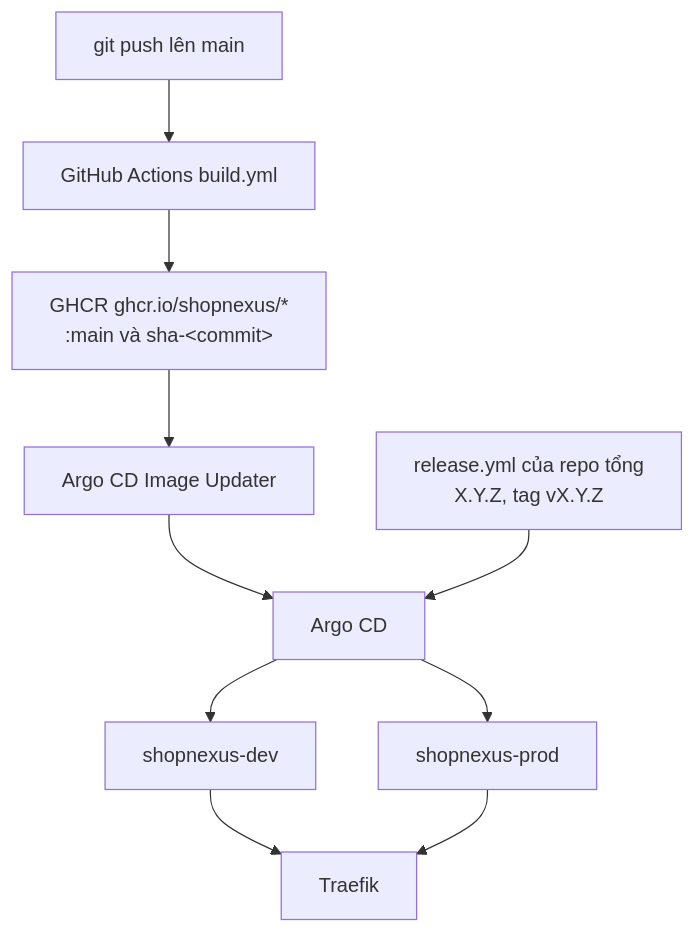
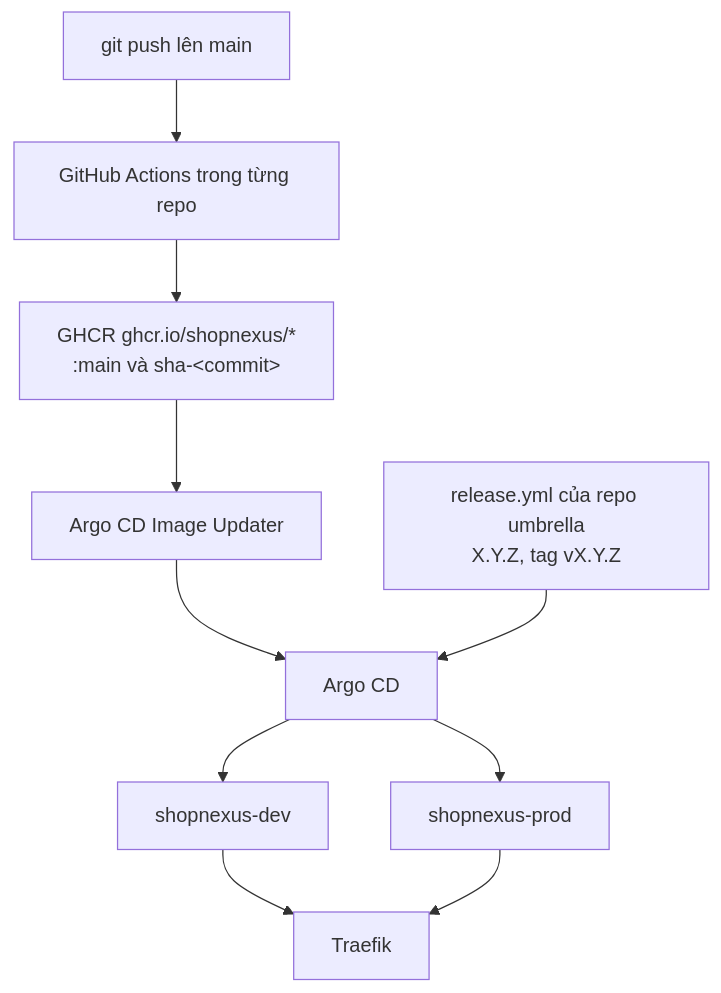
One commit to shopnexus/docs changed the diagram in web/src/content/docs/vi/operations/index.mdx. Above: the diagram before and after it, drawn with Mermaid. The commit also changed other lines of this file and 105 other files, not shown here.

````diff
--- a/web/src/content/docs/vi/operations/index.mdx
+++ b/web/src/content/docs/vi/operations/index.mdx
@@ -27,12 +27,12 @@
 ```mermaid title="Từ git push tới pod đang chạy"
 flowchart TB
-  push[git push lên main] --> ci[GitHub Actions build.yml]
+  push[git push lên main] --> ci[GitHub Actions trong từng repo]
   ci --> ghcr["GHCR ghcr.io/shopnexus/*<br/>:main và sha-#lt;commit#gt;"]
   ghcr --> iu[Argo CD Image Updater]
   iu --> argo[Argo CD]
-  rel["release.yml của repo tổng<br/>X.Y.Z, tag vX.Y.Z"] --> argo
+  rel["release.yml của repo umbrella<br/>X.Y.Z, tag vX.Y.Z"] --> argo
   argo --> devns[shopnexus-dev]
   argo --> prodns[shopnexus-prod]
   devns --> traefik[Traefik]
   prodns --> traefik
 ```
````
